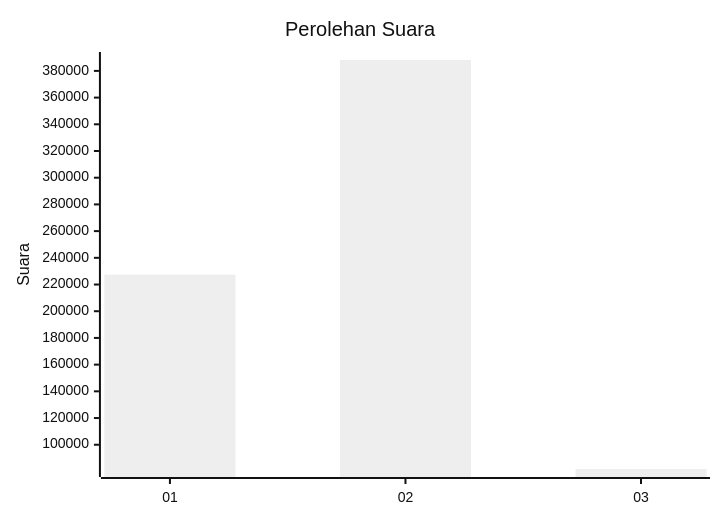
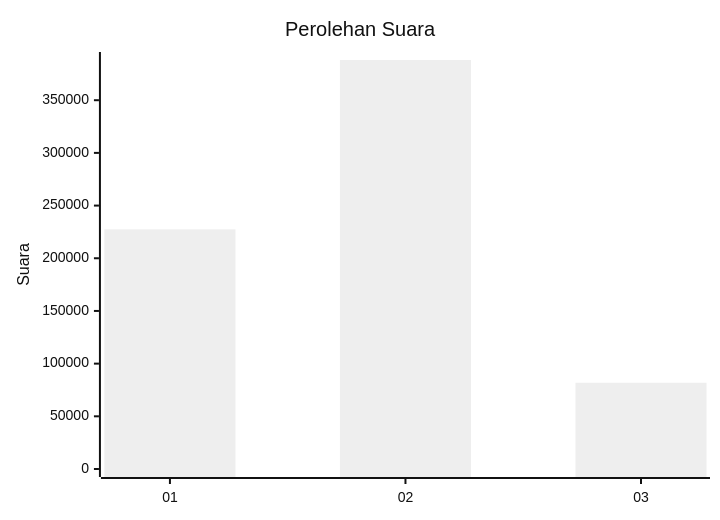
Before and after one commit to gigit-pemilu/pemilu-2024: the first of 2 diagrams in pilpres/hitung-suara/sub/table-wilayah-21.md, drawn with Mermaid (neutral theme). The commit also changed 42 other files, not shown here.

````diff
--- a/pilpres/hitung-suara/sub/table-wilayah-21.md
+++ b/pilpres/hitung-suara/sub/table-wilayah-21.md
@@ -7,7 +7,7 @@
 ```mermaid
 xychart-beta
     title "Perolehan Suara"
     x-axis [01, 02, 03]
-    y-axis "Suara"
+    y-axis "Suara" 0 --> 388160
     bar [227420, 388160, 81829]
 ```
````
